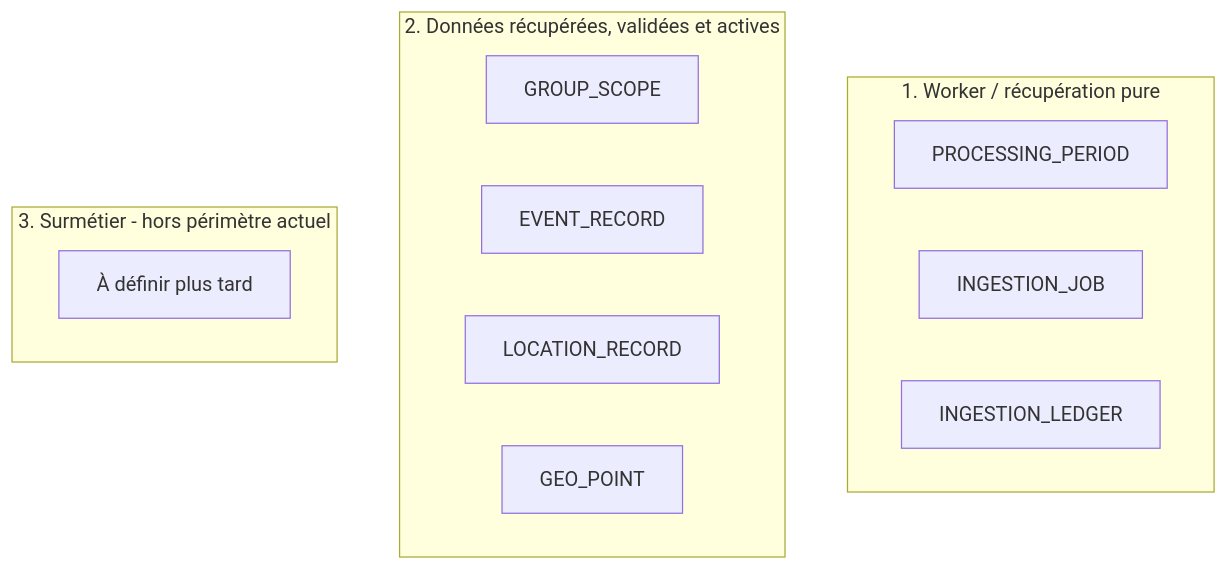
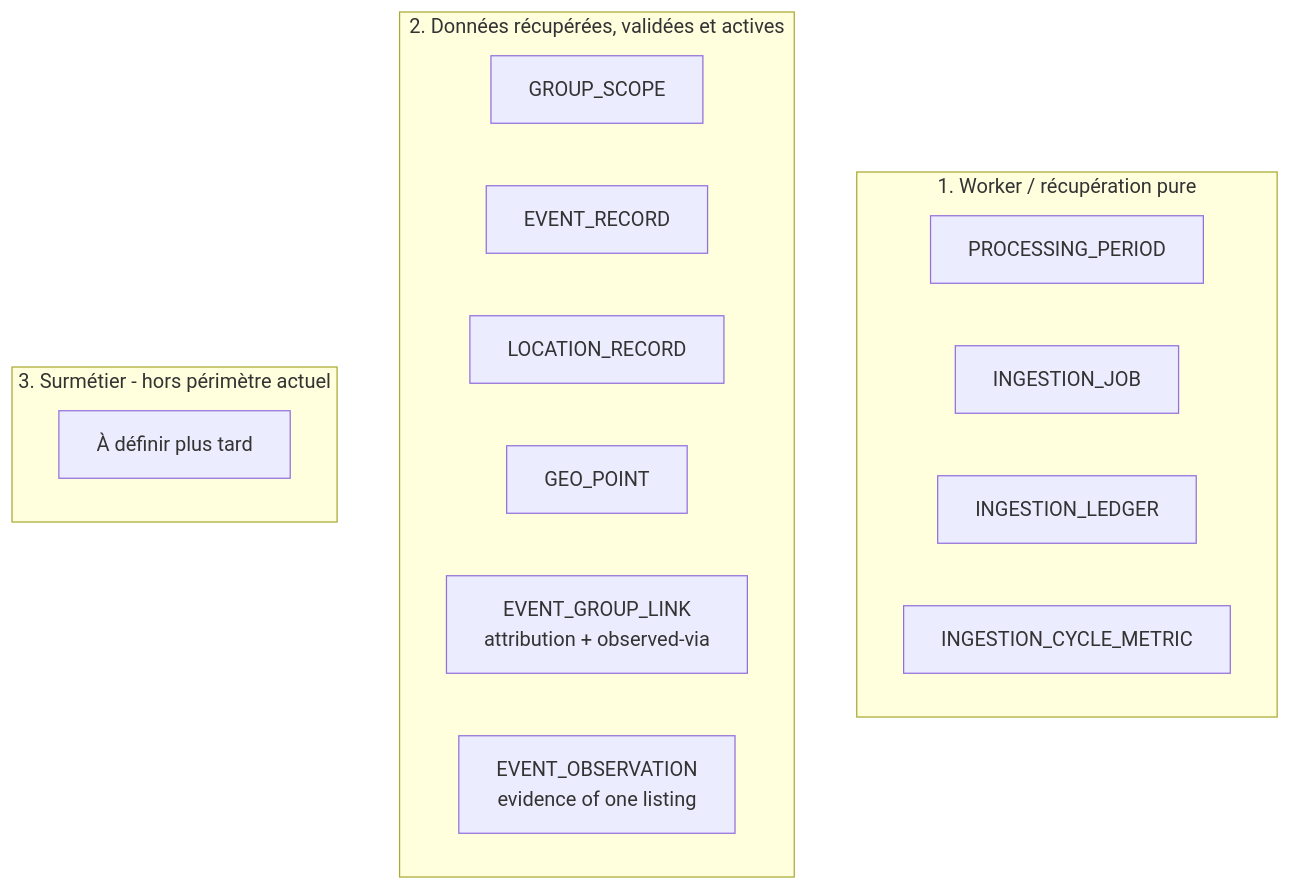
The diagram in docs/data-domains.mmd (Bigchef-dev/actionpop-calendar), drawn with Mermaid before and after one commit. The commit also changed 82 other files, not shown here.

```diff
--- a/docs/data-domains.mmd
+++ b/docs/data-domains.mmd
@@ -1,17 +1,20 @@
 flowchart TB
     subgraph Processing ["1. Worker / récupération pure"]
         PROCESSING_PERIOD["PROCESSING_PERIOD"]
         INGESTION_JOB["INGESTION_JOB"]
         INGESTION_LEDGER["INGESTION_LEDGER"]
+        INGESTION_CYCLE_METRIC["INGESTION_CYCLE_METRIC"]
     end
 
     subgraph Validated ["2. Données récupérées, validées et actives"]
         GROUP_SCOPE["GROUP_SCOPE"]
         EVENT_RECORD["EVENT_RECORD"]
         LOCATION_RECORD["LOCATION_RECORD"]
         GEO_POINT["GEO_POINT"]
+        EVENT_GROUP_LINK["EVENT_GROUP_LINK<br/>attribution + observed-via"]
+        EVENT_OBSERVATION["EVENT_OBSERVATION<br/>evidence of one listing"]
     end
 
     subgraph Business ["3. Surmétier - hors périmètre actuel"]
         FUTURE["À définir plus tard"]
     end
```
